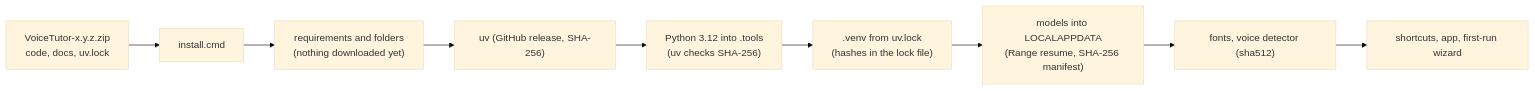
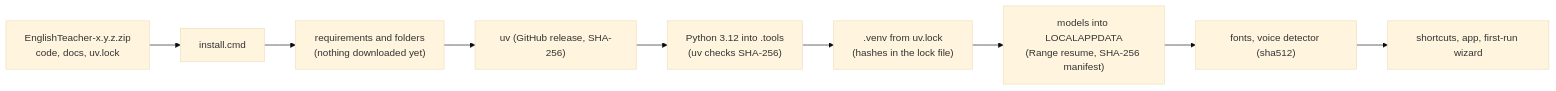
Before and after one commit to KonstantinSmirnov596/personal-ai-english-teacher: the third of 3 diagrams in docs/design.md, drawn with Mermaid (base theme). The commit also changed other lines of this file and 61 other files, not shown here.

````diff
--- a/docs/design.md
+++ b/docs/design.md
@@ -207,11 +207,11 @@
 ```mermaid
 flowchart LR
-  zip["VoiceTutor-x.y.z.zip<br/>code, docs, uv.lock"] --> cmd["install.cmd"]
+  zip["EnglishTeacher-x.y.z.zip<br/>code, docs, uv.lock"] --> cmd["install.cmd"]
   cmd --> req["requirements and folders<br/>(nothing downloaded yet)"]
   req --> uv["uv (GitHub release, SHA-256)"]
   uv --> py["Python 3.12 into .tools<br/>(uv checks SHA-256)"]
   py --> pkgs[".venv from uv.lock<br/>(hashes in the lock file)"]
   pkgs --> models["models into LOCALAPPDATA<br/>(Range resume, SHA-256 manifest)"]
   models --> assets["fonts, voice detector (sha512)"]
   assets --> app["shortcuts, app, first-run wizard"]
 ```
````
